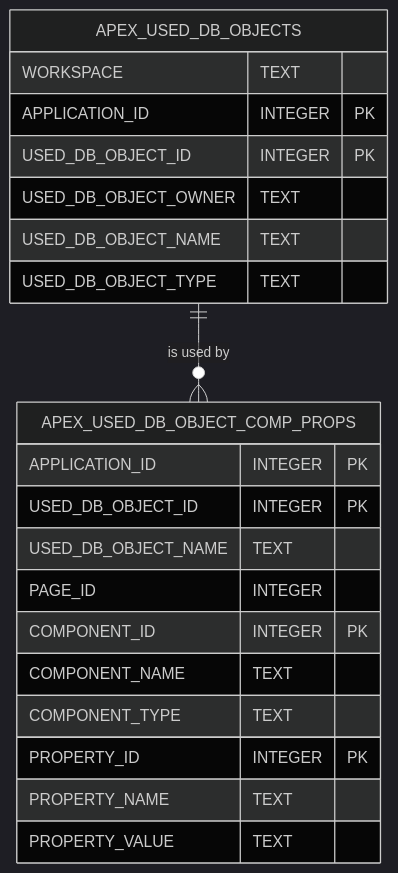
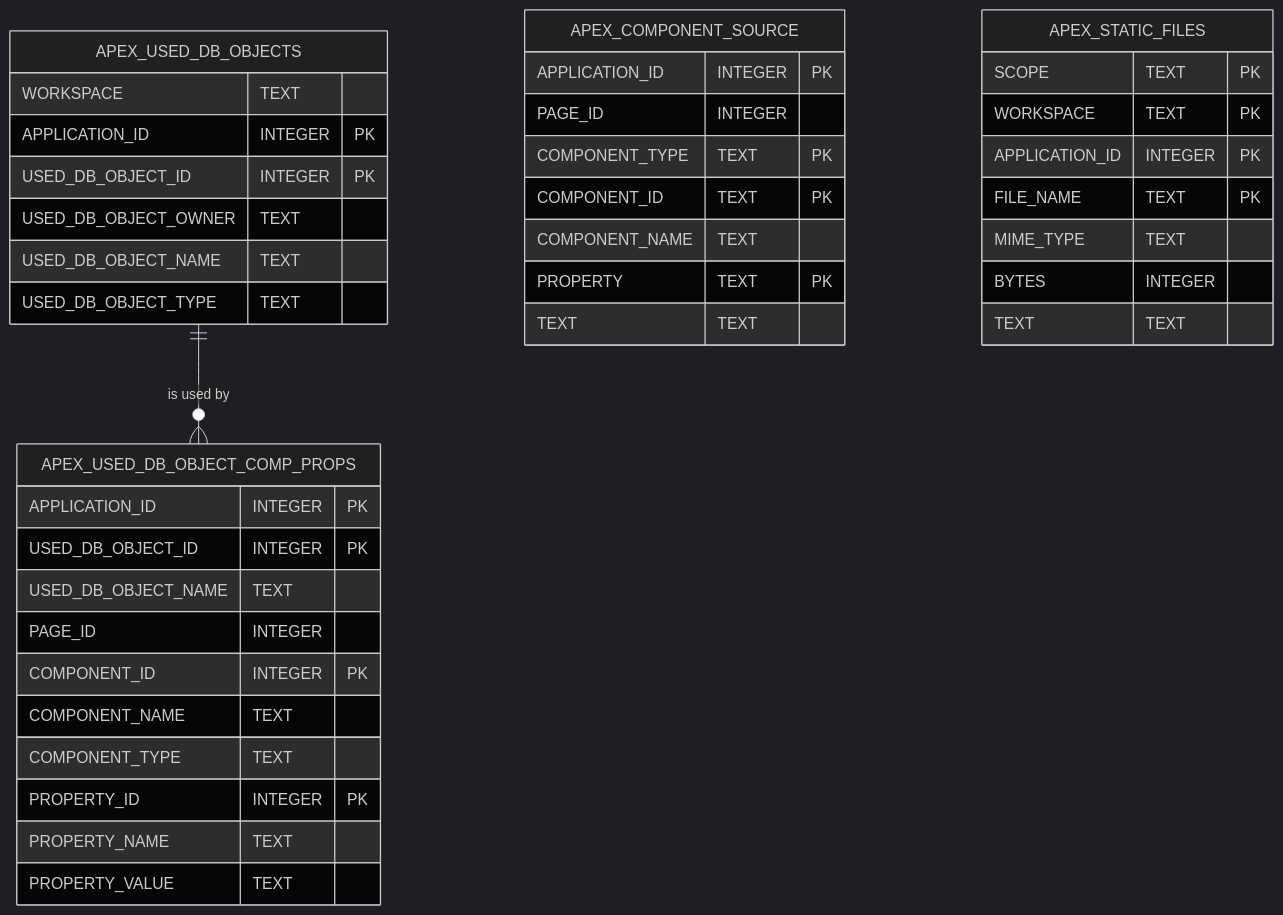
One commit to jkvetina/ADT.ai changed the diagram in docs/storage_dependencies_apex.md. Above: the diagram before and after it, drawn with Mermaid (dark theme). The commit also changed other lines of this file and 143 other files, not shown here.

````diff
--- a/docs/storage_dependencies_apex.md
+++ b/docs/storage_dependencies_apex.md
@@ -9,24 +11,42 @@
 ```mermaid
 erDiagram
     APEX_USED_DB_OBJECTS {
         WORKSPACE TEXT
         APPLICATION_ID INTEGER PK
         USED_DB_OBJECT_ID INTEGER PK
         USED_DB_OBJECT_OWNER TEXT
         USED_DB_OBJECT_NAME TEXT
         USED_DB_OBJECT_TYPE TEXT
     }
     APEX_USED_DB_OBJECT_COMP_PROPS {
         APPLICATION_ID INTEGER PK
         USED_DB_OBJECT_ID INTEGER PK
         USED_DB_OBJECT_NAME TEXT
         PAGE_ID INTEGER
         COMPONENT_ID INTEGER PK
         COMPONENT_NAME TEXT
         COMPONENT_TYPE TEXT
         PROPERTY_ID INTEGER PK
         PROPERTY_NAME TEXT
         PROPERTY_VALUE TEXT
     }
+    APEX_COMPONENT_SOURCE {
+        APPLICATION_ID INTEGER PK
+        PAGE_ID INTEGER
+        COMPONENT_TYPE TEXT PK
+        COMPONENT_ID TEXT PK
+        COMPONENT_NAME TEXT
+        PROPERTY TEXT PK
+        TEXT TEXT
+    }
+    APEX_STATIC_FILES {
+        SCOPE TEXT PK
+        WORKSPACE TEXT PK
+        APPLICATION_ID INTEGER PK
+        FILE_NAME TEXT PK
+        MIME_TYPE TEXT
+        BYTES INTEGER
+        TEXT TEXT
+    }
     APEX_USED_DB_OBJECTS ||--o{ APEX_USED_DB_OBJECT_COMP_PROPS : "is used by"
 ```
````
